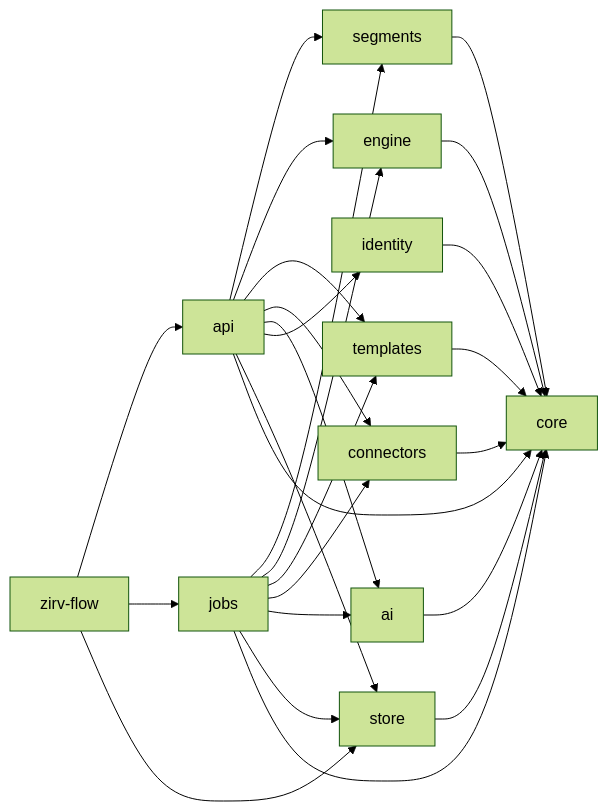
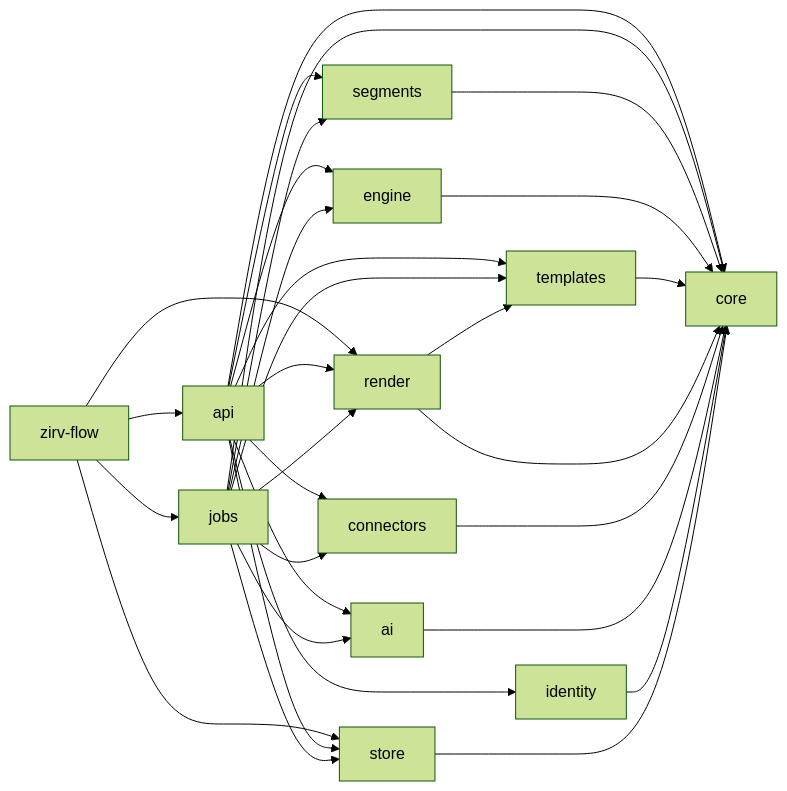
The third of 6 diagrams in docs/architecture.md (Glubiz/zirv-flow), drawn with Mermaid (forest theme) before and after one commit. The commit also changed other lines of this file and 1 other file, not shown here.

First line of the commit message:
docs: move the template builder core into M6 and render in an isolated process

````diff
--- a/docs/architecture.md
+++ b/docs/architecture.md
@@ -151,7 +152,9 @@
 ```mermaid
 flowchart LR
   bin[zirv-flow] --> api & jobs & store
-  api --> segments & engine & templates & connectors & ai & identity & store & core
-  jobs --> segments & engine & templates & connectors & ai & store & core
-  segments & engine & templates & connectors & ai & identity & store --> core
+  bin --> render
+  api --> segments & engine & templates & render & connectors & ai & identity & store & core
+  jobs --> segments & engine & templates & render & connectors & ai & store & core
+  render --> templates
+  segments & engine & templates & render & connectors & ai & identity & store --> core
 ```
````
